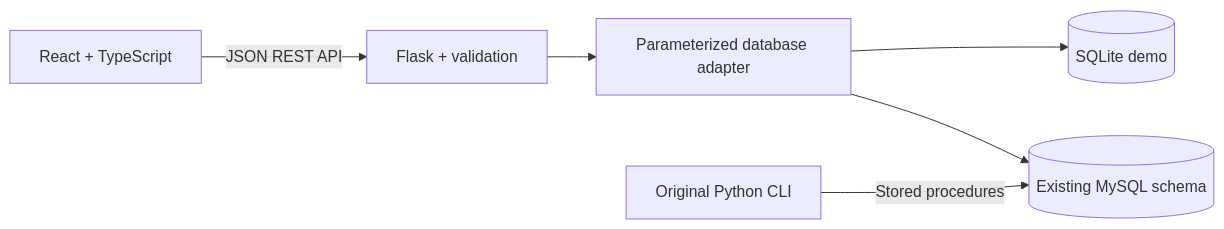
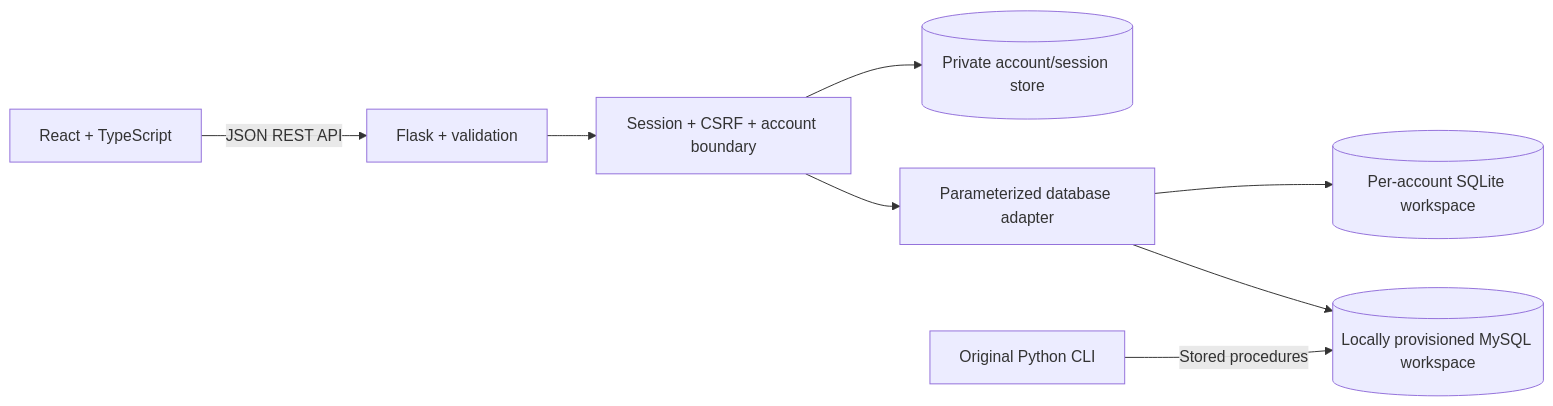
Before and after one commit to zhbanshee/School-Management-System-MySQL-Python: the diagram in README.md, drawn with Mermaid. The commit also changed other lines of this file and 37 other files, not shown here.

Commit message:
feat: redesign Schoolhouse and add private account workspaces

````diff
--- a/README.md
+++ b/README.md
@@ -66,8 +79,10 @@
 ```mermaid
 flowchart LR
     UI[React + TypeScript] -->|JSON REST API| API[Flask + validation]
-    API --> Adapter[Parameterized database adapter]
-    Adapter --> Demo[(SQLite demo)]
-    Adapter --> MySQL[(Existing MySQL schema)]
+    API --> Auth[Session + CSRF + account boundary]
+    Auth --> Accounts[(Private account/session store)]
+    Auth --> Adapter[Parameterized database adapter]
+    Adapter --> Demo[(Per-account SQLite workspace)]
+    Adapter --> MySQL[(Locally provisioned MySQL workspace)]
     CLI[Original Python CLI] -->|Stored procedures| MySQL
 ```
````
